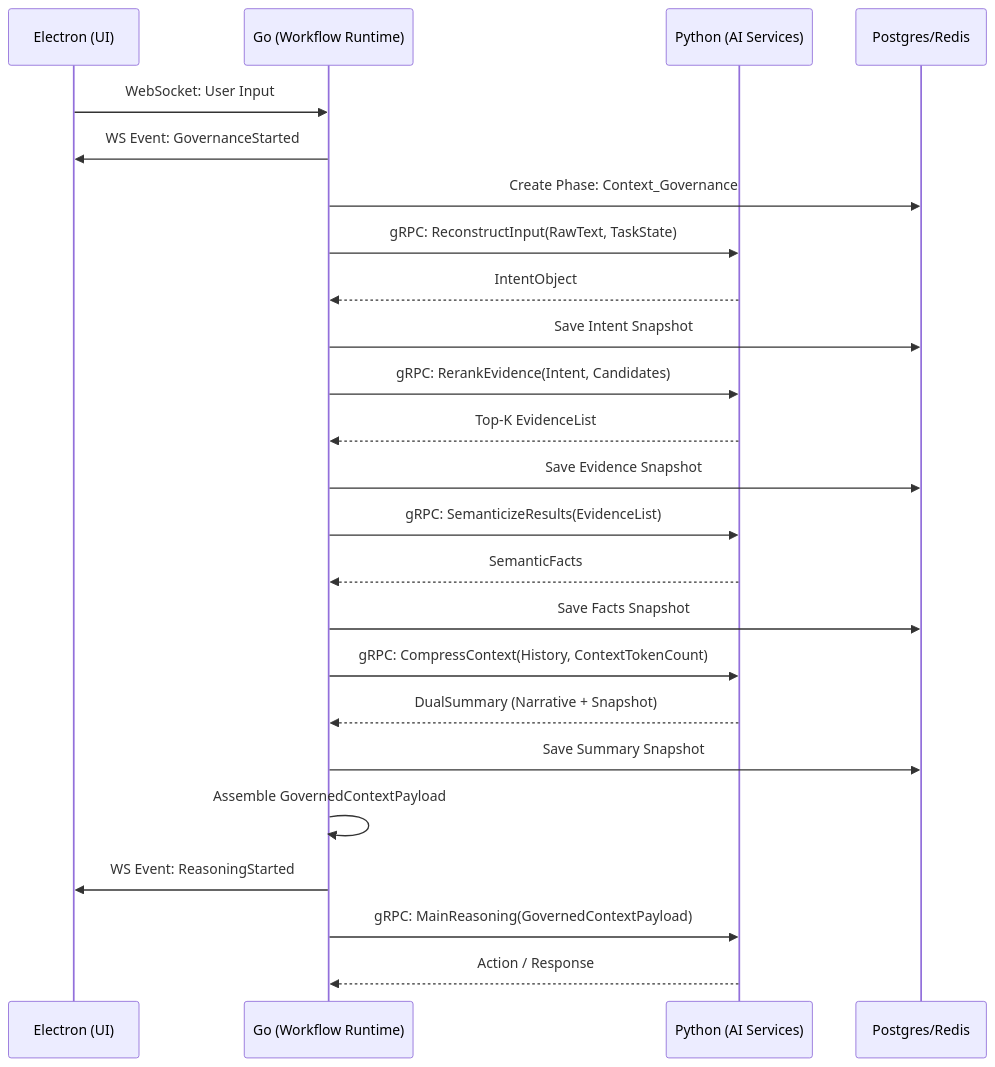
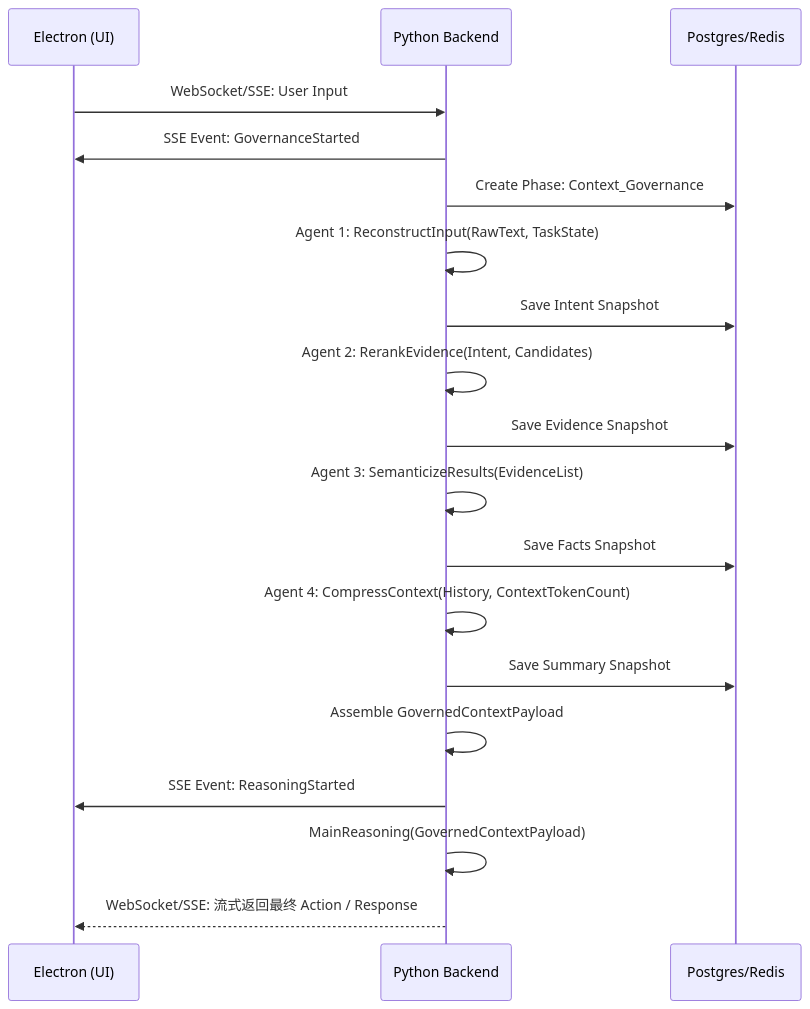
Before and after one commit to xie480/Luna-AI: the first of 2 diagrams in backend/docs/system/多智能体协作与角色分工方案.md, drawn with Mermaid. The commit also changed other lines of this file and 14 other files, not shown here.

````diff
--- a/backend/docs/system/多智能体协作与角色分工方案.md
+++ b/backend/docs/system/多智能体协作与角色分工方案.md
@@ -122,37 +110,32 @@
 ```mermaid
 sequenceDiagram
     participant E as Electron (UI)
-    participant G as Go (Workflow Runtime)
-    participant P as Python (AI Services)
+    participant Py as Python Backend
     participant DB as Postgres/Redis
 
-    E->>G: WebSocket: User Input
-    G->>E: WS Event: GovernanceStarted
-    G->>DB: Create Phase: Context_Governance
+    E->>Py: WebSocket/SSE: User Input
+    Py->>E: SSE Event: GovernanceStarted
+    Py->>DB: Create Phase: Context_Governance
 
     %% Step 1: Input Reconstruction
-    G->>P: gRPC: ReconstructInput(RawText, TaskState)
-    P-->>G: IntentObject
-    G->>DB: Save Intent Snapshot
+    Py->>Py: Agent 1: ReconstructInput(RawText, TaskState)
+    Py->>DB: Save Intent Snapshot
 
     %% Step 2: Global Reranking (Only if there are retrieval/tool candidates)
-    G->>P: gRPC: RerankEvidence(Intent, Candidates)
-    P-->>G: Top-K EvidenceList
-    G->>DB: Save Evidence Snapshot
+    Py->>Py: Agent 2: RerankEvidence(Intent, Candidates)
+    Py->>DB: Save Evidence Snapshot
 
     %% Step 3: Result Semanticization (Only if complex JSON exists in Context)
-    G->>P: gRPC: SemanticizeResults(EvidenceList)
-    P-->>G: SemanticFacts
-    G->>DB: Save Facts Snapshot
+    Py->>Py: Agent 3: SemanticizeResults(EvidenceList)
+    Py->>DB: Save Facts Snapshot
 
     %% Step 4: Summarization (Threshold triggered)
-    G->>P: gRPC: CompressContext(History, ContextTokenCount)
-    P-->>G: DualSummary (Narrative + Snapshot)
-    G->>DB: Save Summary Snapshot
+    Py->>Py: Agent 4: CompressContext(History, ContextTokenCount)
+    Py->>DB: Save Summary Snapshot
 
     %% Final Assembly
-    G->>G: Assemble GovernedContextPayload
-    G->>E: WS Event: ReasoningStarted
-    G->>P: gRPC: MainReasoning(GovernedContextPayload)
-    P-->>G: Action / Response
+    Py->>Py: Assemble GovernedContextPayload
+    Py->>E: SSE Event: ReasoningStarted
+    Py->>Py: MainReasoning(GovernedContextPayload)
+    Py-->>E: WebSocket/SSE: 流式返回最终 Action / Response
 ```
````
